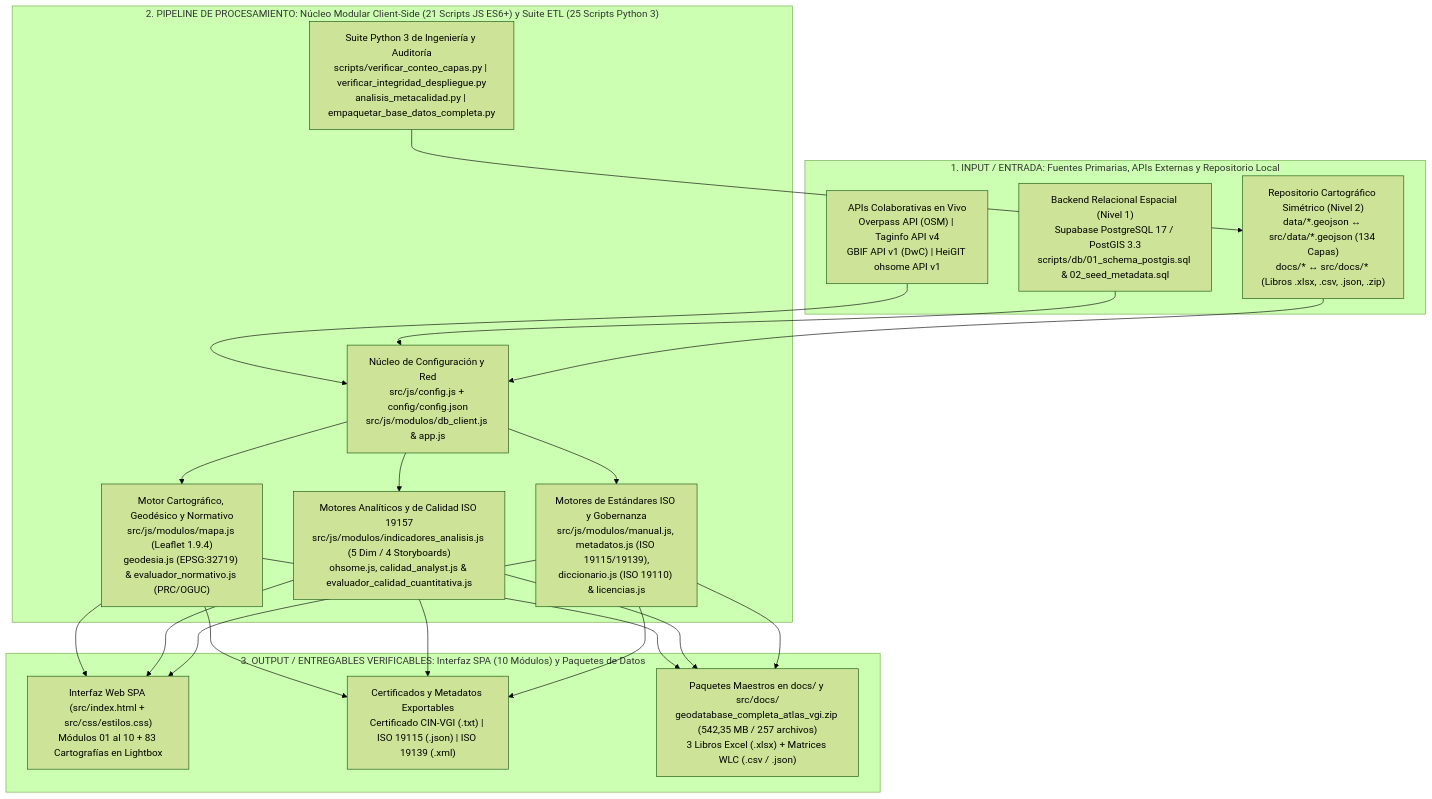
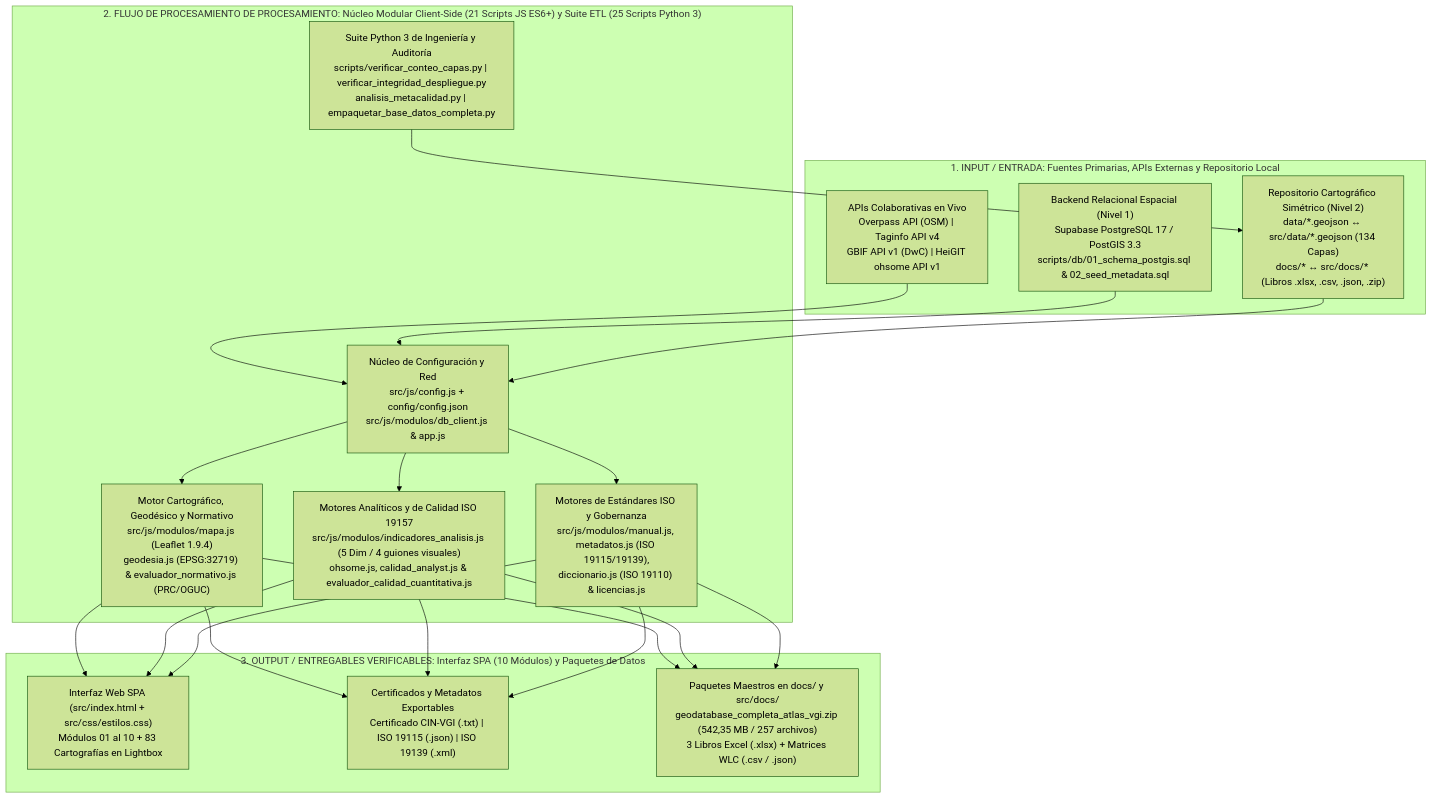
One commit to GEOJOTA/atlas-vgi-barrio-brasil changed the first of 4 diagrams in docs/ARQUITECTURA.md. Above: the diagram before and after it, drawn with Mermaid (forest theme). The commit also changed other lines of this file and 28 other files, not shown here.

````diff
--- a/docs/ARQUITECTURA.md
+++ b/docs/ARQUITECTURA.md
@@ -25,27 +25,27 @@
 ```mermaid
 flowchart TB
     subgraph CAPA1["1. INPUT / ENTRADA: Fuentes Primarias, APIs Externas y Repositorio Local"]
         F1["APIs Colaborativas en Vivo<br/>Overpass API (OSM) | Taginfo API v4<br/>GBIF API v1 (DwC) | HeiGIT ohsome API v1"]
         F2["Backend Relacional Espacial (Nivel 1)<br/>Supabase PostgreSQL 17 / PostGIS 3.3<br/>scripts/db/01_schema_postgis.sql & 02_seed_metadata.sql"]
         F3["Repositorio Cartográfico Simétrico (Nivel 2)<br/>data/*.geojson ↔ src/data/*.geojson (134 Capas)<br/>docs/* ↔ src/docs/* (Libros .xlsx, .csv, .json, .zip)"]
     end
 
-    subgraph CAPA2["2. PIPELINE DE PROCESAMIENTO: Núcleo Modular Client-Side (21 Scripts JS ES6+) y Suite ETL (25 Scripts Python 3)"]
+    subgraph CAPA2["2. FLUJO DE PROCESAMIENTO DE PROCESAMIENTO: Núcleo Modular Client-Side (21 Scripts JS ES6+) y Suite ETL (25 Scripts Python 3)"]
         N1["Núcleo de Configuración y Red<br/>src/js/config.js + config/config.json<br/>src/js/modulos/db_client.js & app.js"]
         N2["Motor Cartográfico, Geodésico y Normativo<br/>src/js/modulos/mapa.js (Leaflet 1.9.4)<br/>geodesia.js (EPSG:32719) & evaluador_normativo.js (PRC/OGUC)"]
-        N3["Motores Analíticos y de Calidad ISO 19157<br/>src/js/modulos/indicadores_analisis.js (5 Dim / 4 Storyboards)<br/>ohsome.js, calidad_analyst.js & evaluador_calidad_cuantitativa.js"]
+        N3["Motores Analíticos y de Calidad ISO 19157<br/>src/js/modulos/indicadores_analisis.js (5 Dim / 4 guiones visuales)<br/>ohsome.js, calidad_analyst.js & evaluador_calidad_cuantitativa.js"]
         N4["Motores de Estándares ISO y Gobernanza<br/>src/js/modulos/manual.js, metadatos.js (ISO 19115/19139),<br/>diccionario.js (ISO 19110) & licencias.js"]
         N5["Suite Python 3 de Ingeniería y Auditoría<br/>scripts/verificar_conteo_capas.py | verificar_integridad_despliegue.py<br/>analisis_metacalidad.py | empaquetar_base_datos_completa.py"]
     end
 
     subgraph CAPA3["3. OUTPUT / ENTREGABLES VERIFICABLES: Interfaz SPA (10 Módulos) y Paquetes de Datos"]
         S1["Interfaz Web SPA (src/index.html + src/css/estilos.css)<br/>Módulos 01 al 10 + 83 Cartografías en Lightbox"]
         S2["Certificados y Metadatos Exportables<br/>Certificado CIN-VGI (.txt) | ISO 19115 (.json) | ISO 19139 (.xml)"]
         S3["Paquetes Maestros en docs/ y src/docs/<br/>geodatabase_completa_atlas_vgi.zip (542,35 MB / 257 archivos)<br/>3 Libros Excel (.xlsx) + Matrices WLC (.csv / .json)"]
     end
 
     F1 & F2 & F3 --> N1
     N5 --> F3
     N1 --> N2 & N3 & N4
     N2 & N3 & N4 --> S1 & S2 & S3
 ```
````
